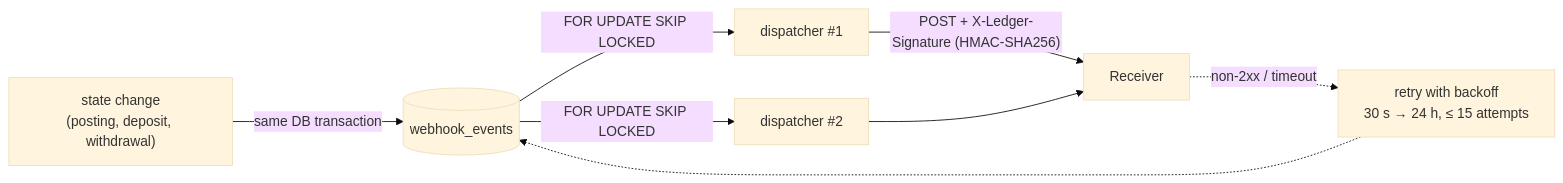
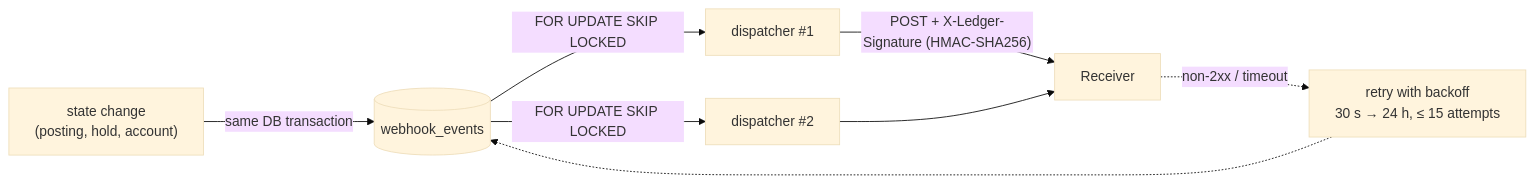
The fourth of 5 diagrams in docs/architecture.md (Next-Vector/stablecoin-ledger), drawn with Mermaid (base theme) before and after one commit. The commit also changed other lines of this file and 8 other files, not shown here.

````diff
--- a/docs/architecture.md
+++ b/docs/architecture.md
@@ -121,10 +121,10 @@
 ```mermaid
 flowchart LR
-    change["state change<br/>(posting, deposit, withdrawal)"] -->|same DB transaction| outbox[(webhook_events)]
+    change["state change<br/>(posting, hold, account)"] -->|same DB transaction| outbox[(webhook_events)]
     outbox -->|FOR UPDATE SKIP LOCKED| d1[dispatcher #1]
     outbox -->|FOR UPDATE SKIP LOCKED| d2[dispatcher #2]
     d1 -->|"POST + X-Ledger-Signature (HMAC-SHA256)"| rcv[Receiver]
     d2 --> rcv
     rcv -. "non-2xx / timeout" .-> retry["retry with backoff<br/>30 s → 24 h, ≤ 15 attempts"]
     retry -.-> outbox
 ```
````
